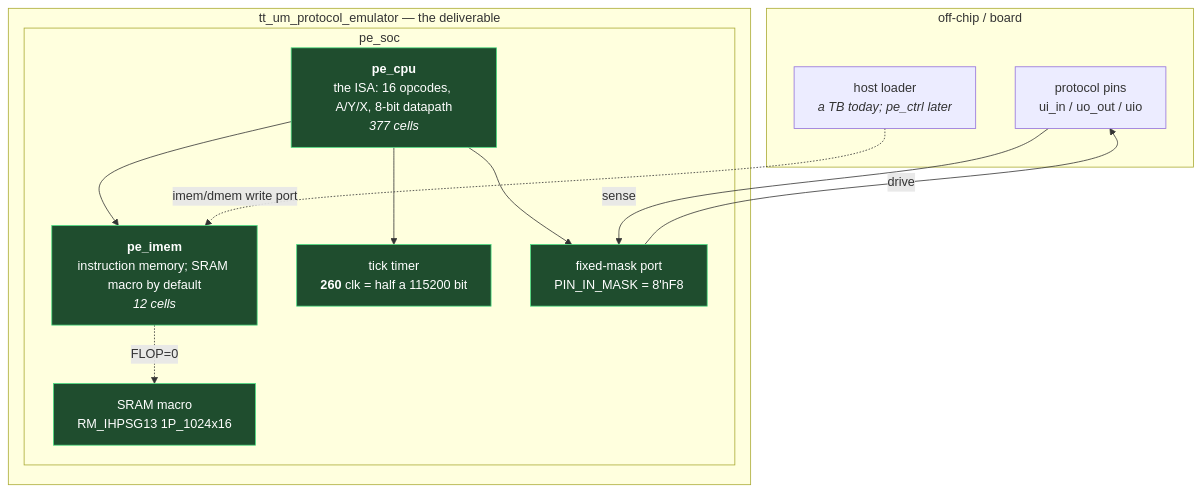
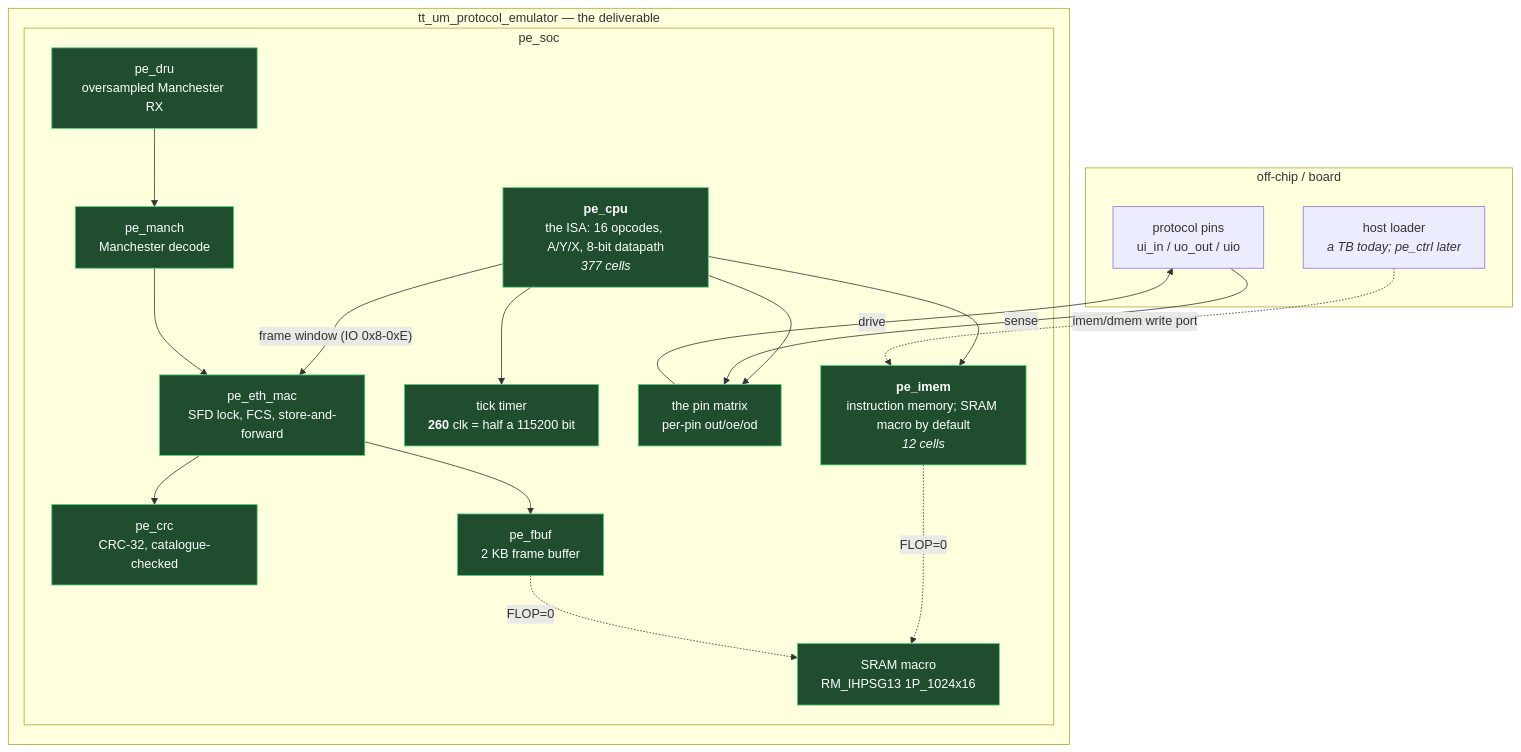
One commit to smprather/janestreet-blog-serial-protocol-emulator changed the first of 2 diagrams in wiki/reference/block-diagram.md. Above: the diagram before and after it, drawn with Mermaid. The commit also changed other lines of this file and 16 other files, not shown here.

Commit message:
SoC: wire the 10BASE-T receive chain and the firmware frame window

````diff
--- a/wiki/reference/block-diagram.md
+++ b/wiki/reference/block-diagram.md
@@ -30,29 +30,39 @@
 ```mermaid
 flowchart TB
     subgraph BOARD["off-chip / board"]
         HOST["host loader<br/><i>a TB today; pe_ctrl later</i>"]
         WIRE["protocol pins<br/>ui_in / uo_out / uio"]
     end
 
     subgraph TT["tt_um_protocol_emulator — the deliverable"]
         subgraph SOC["pe_soc"]
             CPU["<b>pe_cpu</b><br/>the ISA: 16 opcodes, A/Y/X, 8-bit datapath<br/><i>377 cells</i>"]
             IMEM["<b>pe_imem</b><br/>instruction memory; SRAM macro by default<br/><i>12 cells</i>"]
             TICK["tick timer<br/><b>260</b> clk = half a 115200 bit"]
-            PORT["fixed-mask port<br/>PIN_IN_MASK = 8'hF8"]
+            PORT["the pin matrix<br/>per-pin out/oe/od"]
+            DRU["pe_dru<br/>oversampled Manchester RX"]
+            MANCH["pe_manch<br/>Manchester decode"]
+            ETHMAC["pe_eth_mac<br/>SFD lock, FCS, store-and-forward"]
+            ETHCRC["pe_crc<br/>CRC-32, catalogue-checked"]
+            FBUF["pe_fbuf<br/>2 KB frame buffer"]
             CPU --> IMEM
             CPU --> TICK
             CPU --> PORT
+            CPU -->|"frame window (IO 0x8-0xE)"| ETHMAC
+            DRU --> MANCH --> ETHMAC
+            ETHMAC --> ETHCRC
+            ETHMAC --> FBUF
             IMEM -.->|FLOP=0| SRAM
+            FBUF -.->|FLOP=0| SRAM
         end
         SRAM["SRAM macro<br/>RM_IHPSG13 1P_1024x16"]
     end
 
     HOST -.->|"imem/dmem write port"| IMEM
     PORT -->|"drive"| WIRE
     WIRE -->|"sense"| PORT
 
     classDef built fill:#1f4d2e,stroke:#4ade80,color:#fff
     classDef plan fill:#4a1f1f,stroke:#f87171,color:#fff,stroke-dasharray: 5 5
-    class CPU,IMEM,TICK,PORT,SRAM built
+    class CPU,IMEM,TICK,PORT,SRAM,DRU,MANCH,ETHMAC,ETHCRC,FBUF built
 ```
````
